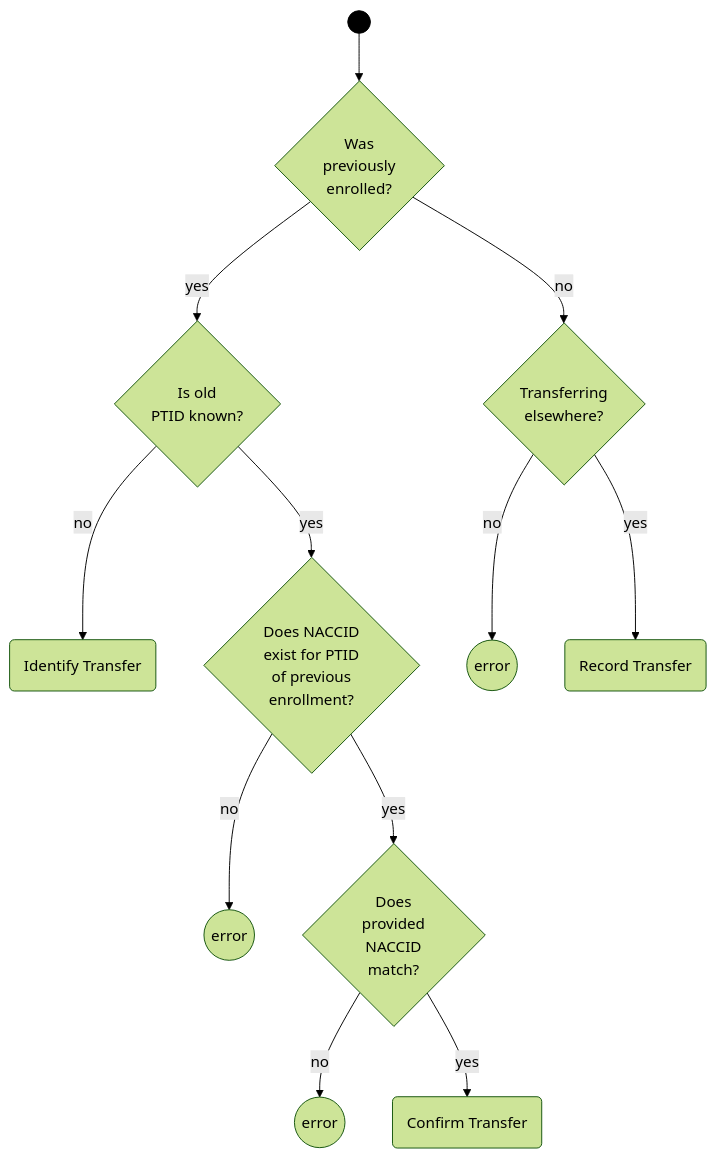
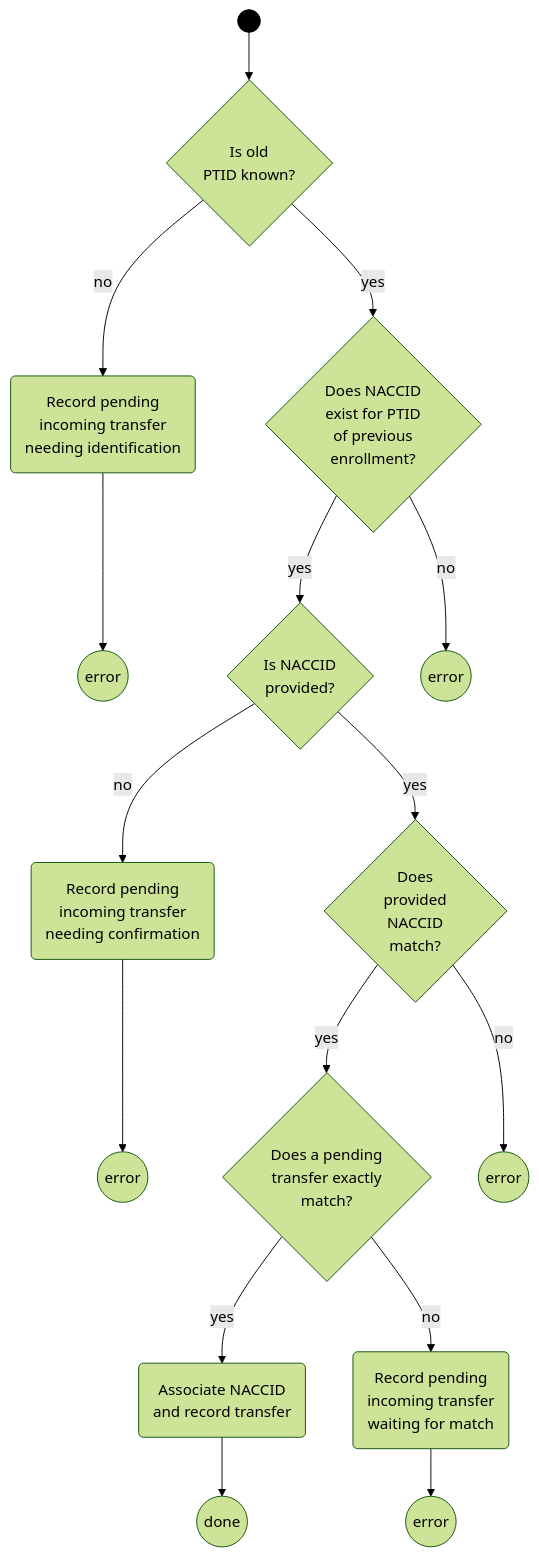
One commit to naccdata/nacc-flywheel changed the fifth of 5 diagrams in docs/identifier_provisioning/index.md. Above: the diagram before and after it, drawn with Mermaid (forest theme). The commit also changed other lines of this file, not shown here.

````diff
--- a/docs/identifier_provisioning/index.md
+++ b/docs/identifier_provisioning/index.md
@@ -45,15 +91,16 @@
 ```mermaid
 graph TB
-    start((*)) --> prevenrolled{Was\n previously\n enrolled?}
-    prevenrolled -- no --> transferout{Transferring\n elsewhere?}
-    prevenrolled -- yes --> oldptidknown{Is old\n PTID known?}
-    oldptidknown -- no --> identifytransfer(Identify Transfer)
+    start((*)) --> oldptidknown{Is old\n PTID known?}
     oldptidknown -- yes --> naccidforoldptid{Does NACCID\n exist for PTID\n of previous\n enrollment?}
+    oldptidknown -- no --> identifytransfer(Record pending\n incoming transfer\n needing identification) --> identifyerror((error))
+    naccidforoldptid -- yes --> naccidprovided{Is NACCID\n provided?}
     naccidforoldptid -- no --> nonaccid((error))
-    naccidforoldptid -- yes --> existingnaccid{Does\n provided\n NACCID\n match?}
+    naccidprovided -- yes --> existingnaccid{Does\n provided\n NACCID\n match?}
+    naccidprovided -- no --> recordpending1(Record pending\n incoming transfer\n needing confirmation) --> pendingerror2((error))
+
+    existingnaccid -- yes --> matchpendingtransfer{Does a pending\n transfer exactly\n match?}
     existingnaccid -- no --> mismatch((error))
-    existingnaccid -- yes --> logtransfer1(Confirm Transfer)
-    transferout -- no --> whattransfer((error))
-    transferout -- yes --> logtransfer(Record Transfer)
+    matchpendingtransfer -- yes --> recordtransfer(Associate NACCID\n and record transfer) --> stop((done))
+    matchpendingtransfer -- no --> recordpending(Record pending\n incoming transfer\n waiting for match) --> pendingerror((error))
 style start fill:#000, stroke:#000
 ```
````
